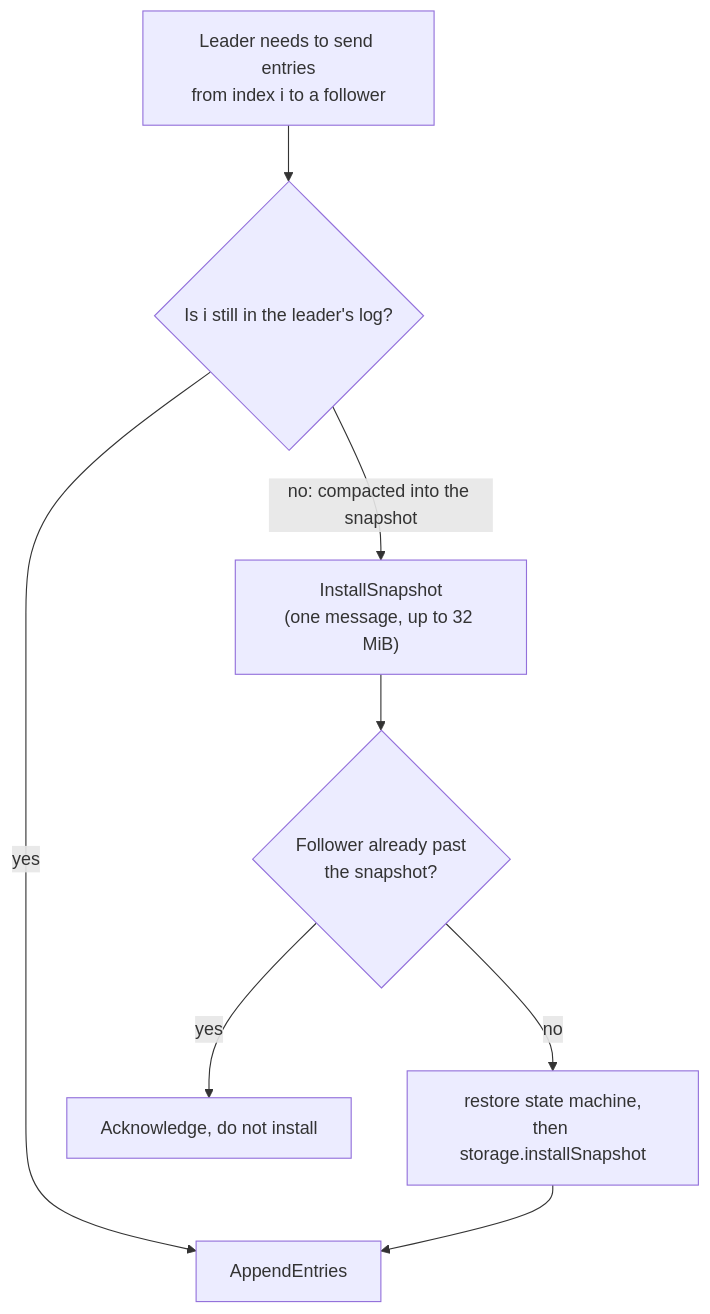
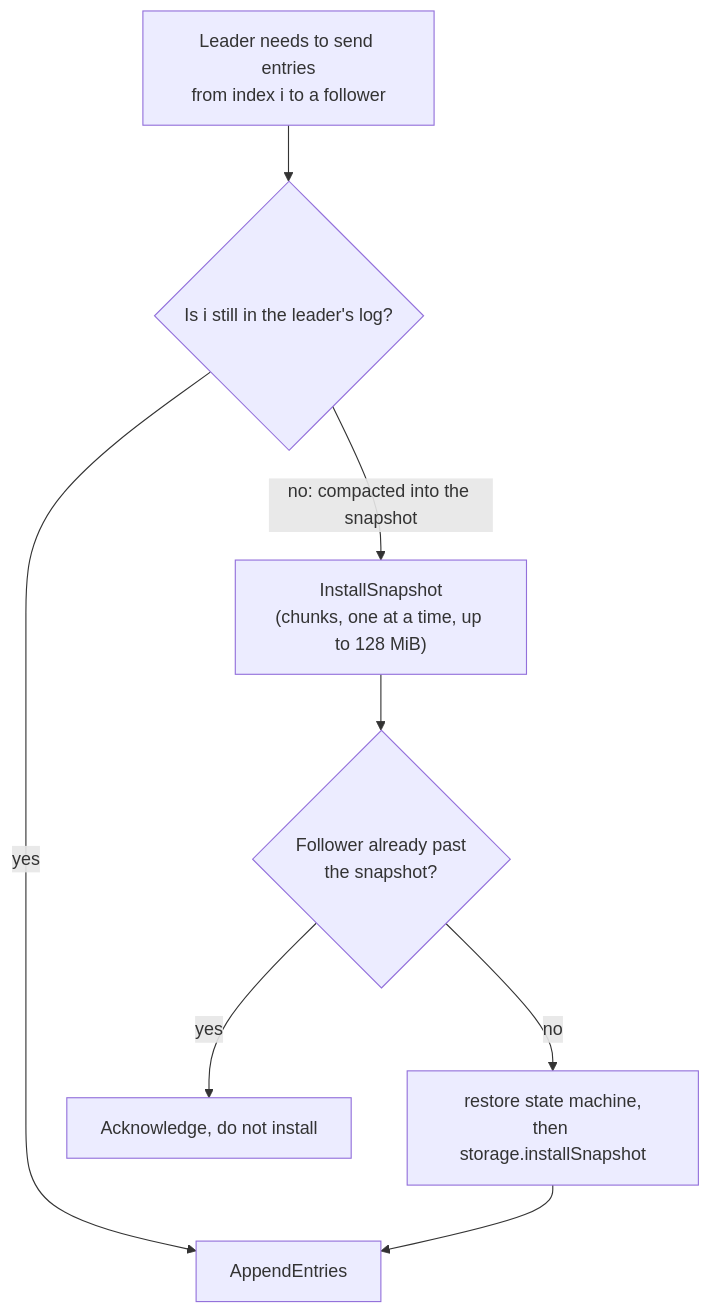
One commit to Brijes987/districache changed the fourth of 5 diagrams in docs/ARCHITECTURE.md. Above: the diagram before and after it, drawn with Mermaid. The commit also changed 45 other files, not shown here.

````diff
--- a/docs/ARCHITECTURE.md
+++ b/docs/ARCHITECTURE.md
@@ -110,10 +110,10 @@
 ```mermaid
 flowchart TD
     A["Leader needs to send entries<br/>from index i to a follower"] --> B{"Is i still in the leader's log?"}
     B -- yes --> C["AppendEntries"]
-    B -- "no: compacted into the snapshot" --> D["InstallSnapshot<br/>(one message, up to 32 MiB)"]
+    B -- "no: compacted into the snapshot" --> D["InstallSnapshot<br/>(chunks, one at a time, up to 128 MiB)"]
     D --> E{"Follower already past<br/>the snapshot?"}
     E -- yes --> F["Acknowledge, do not install"]
     E -- no --> G["restore state machine,<br/>then storage.installSnapshot"]
     G --> C
 ```
````
